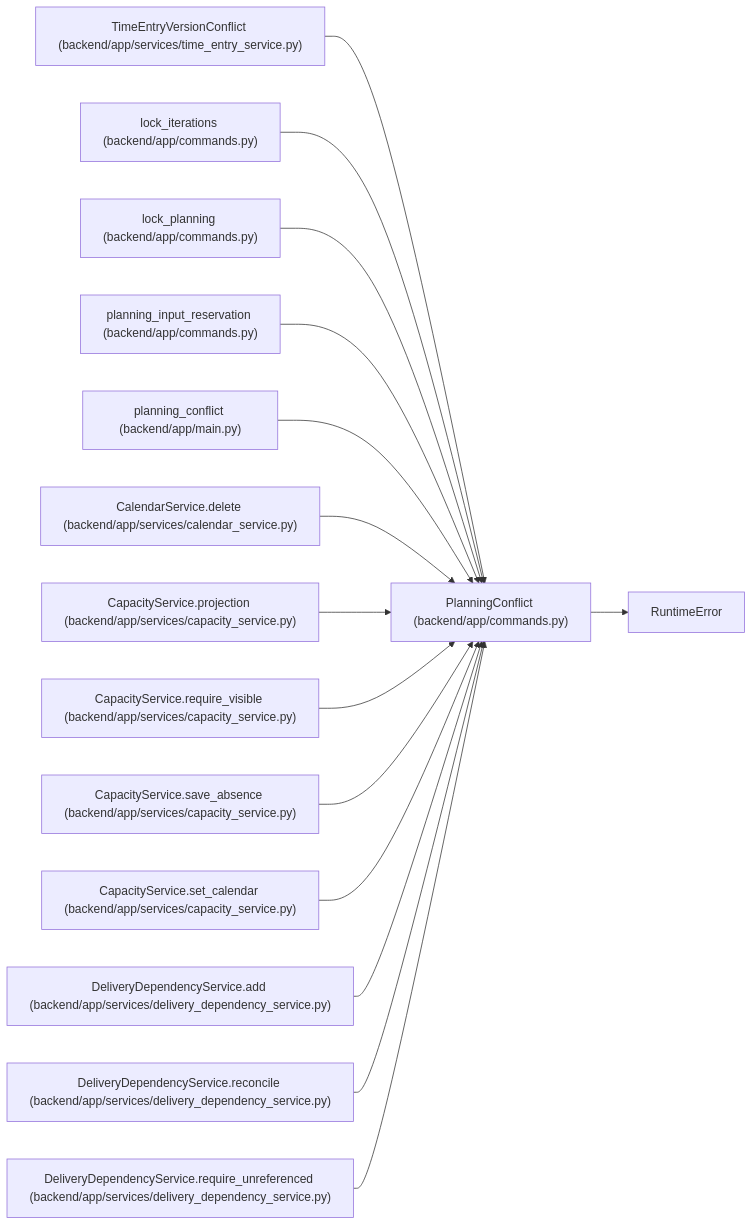
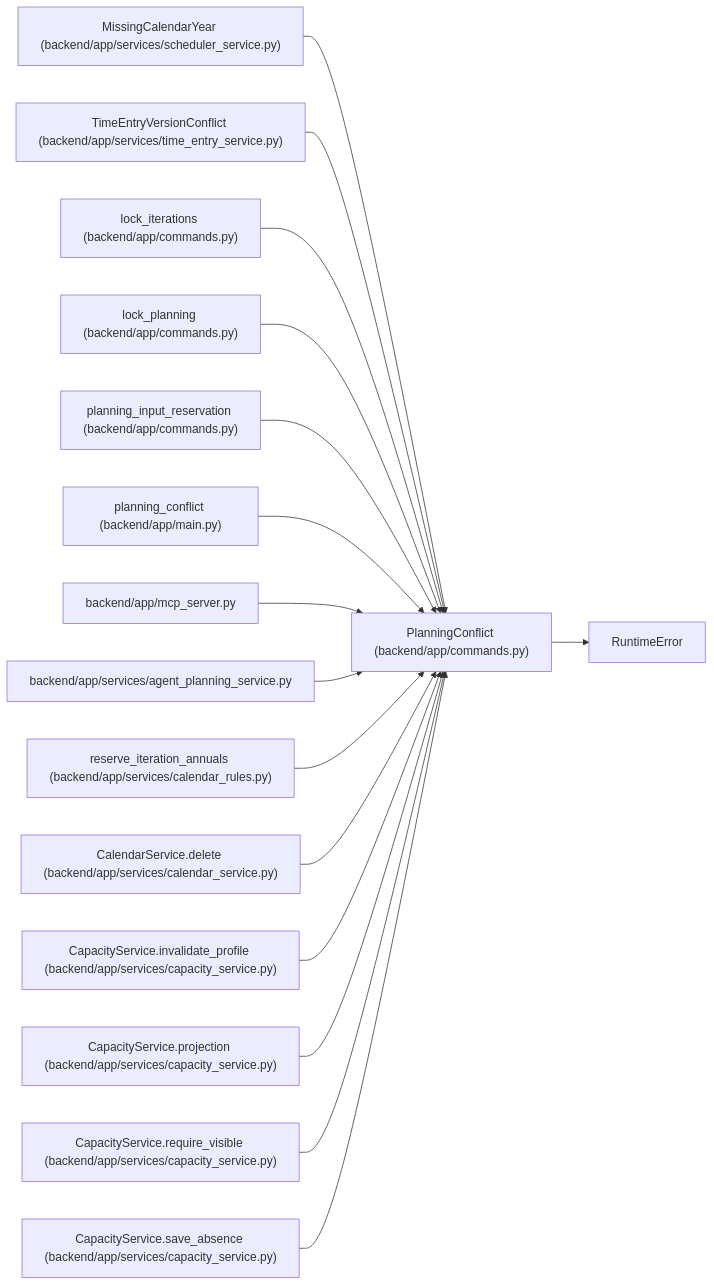
The diagram in docs/llm_wiki/entities/PlanningConflict.md (Denissvgn/WorkChord), drawn with Mermaid before and after one commit. The commit also changed other lines of this file and 920 other files, not shown here.

````diff
--- a/docs/llm_wiki/entities/PlanningConflict.md
+++ b/docs/llm_wiki/entities/PlanningConflict.md
@@ -26,46 +26,49 @@
 ```mermaid
 flowchart LR
     n0["PlanningConflict (backend/app/commands.py)"]
     n1["RuntimeError"]
-    n2["TimeEntryVersionConflict (backend/app/services/time_entry_service.py)"]
-    n3["lock_iterations (backend/app/commands.py)"]
-    n4["lock_planning (backend/app/commands.py)"]
-    n5["planning_input_reservation (backend/app/commands.py)"]
-    n6["planning_conflict (backend/app/main.py)"]
-    n7["CalendarService.delete (backend/app/services/calendar_service.py)"]
-    n8["CapacityService.projection (backend/app/services/capacity_service.py)"]
-    n9["CapacityService.require_visible (backend/app/services/capacity_service.py)"]
-    n10["CapacityService.save_absence (backend/app/services/capacity_service.py)"]
-    n11["CapacityService.set_calendar (backend/app/services/capacity_service.py)"]
-    n12["DeliveryDependencyService.add (backend/app/services/delivery_dependency_service.py)"]
-    n13["DeliveryDependencyService.reconcile (backend/app/services/delivery_dependency_service.py)"]
-    n14["DeliveryDependencyService.require_unreferenced (backend/app/services/delivery_dependency_service.py)"]
+    n2["MissingCalendarYear (backend/app/services/scheduler_service.py)"]
+    n3["TimeEntryVersionConflict (backend/app/services/time_entry_service.py)"]
+    n4["lock_iterations (backend/app/commands.py)"]
+    n5["lock_planning (backend/app/commands.py)"]
+    n6["planning_input_reservation (backend/app/commands.py)"]
+    n7["planning_conflict (backend/app/main.py)"]
+    n8["backend/app/mcp_server.py"]
+    n9["backend/app/services/agent_planning_service.py"]
+    n10["reserve_iteration_annuals (backend/app/services/calendar_rules.py)"]
+    n11["CalendarService.delete (backend/app/services/calendar_service.py)"]
+    n12["CapacityService.invalidate_profile (backend/app/services/capacity_service.py)"]
+    n13["CapacityService.projection (backend/app/services/capacity_service.py)"]
+    n14["CapacityService.require_visible (backend/app/services/capacity_service.py)"]
+    n15["CapacityService.save_absence (backend/app/services/capacity_service.py)"]
     n0 --> n1
     n2 --> n0
     n3 --> n0
     n4 --> n0
     n5 --> n0
     n6 --> n0
     n7 --> n0
     n8 --> n0
     n9 --> n0
     n10 --> n0
     n11 --> n0
     n12 --> n0
     n13 --> n0
     n14 --> n0
+    n15 --> n0
     click n0 "../modules/commands.md"
-    click n2 "../modules/time_entry_service.md"
-    click n3 "../modules/commands.md"
+    click n2 "../modules/scheduler_service.md"
+    click n3 "../modules/time_entry_service.md"
     click n4 "../modules/commands.md"
     click n5 "../modules/commands.md"
-    click n6 "../modules/app_main.md"
-    click n7 "../modules/calendar_service.md"
-    click n8 "../modules/capacity_service.md"
-    click n9 "../modules/capacity_service.md"
-    click n10 "../modules/capacity_service.md"
-    click n11 "../modules/capacity_service.md"
-    click n12 "../modules/delivery_dependency_service.md"
-    click n13 "../modules/delivery_dependency_service.md"
-    click n14 "../modules/delivery_dependency_service.md"
+    click n6 "../modules/commands.md"
+    click n7 "../modules/app_main.md"
+    click n8 "../modules/mcp_server.md"
+    click n9 "../modules/agent_planning_service.md"
+    click n10 "../modules/calendar_rules.md"
+    click n11 "../modules/calendar_service.md"
+    click n12 "../modules/capacity_service.md"
+    click n13 "../modules/capacity_service.md"
+    click n14 "../modules/capacity_service.md"
+    click n15 "../modules/capacity_service.md"
 ```
````
